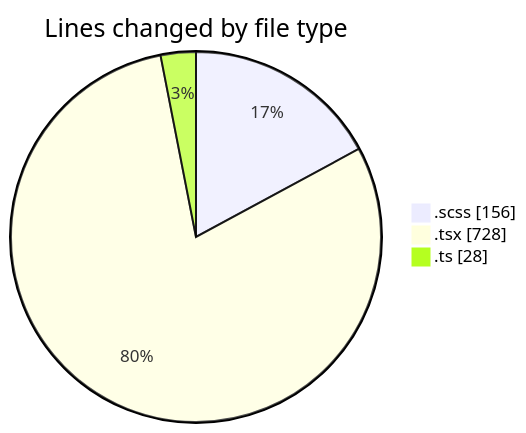
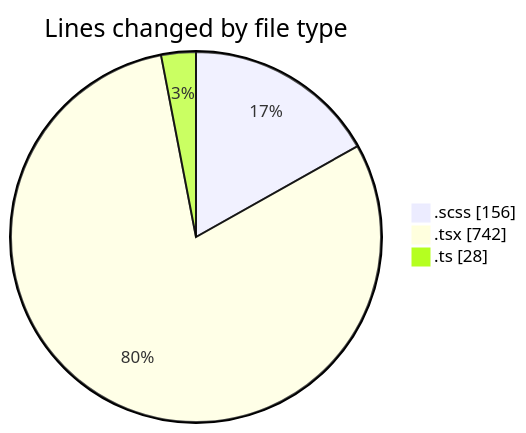
One commit to momahboobian/code-tracking changed the first of 2 diagrams in 2025-02-10/cda/README.md. Above: the diagram before and after it, drawn with Mermaid. The commit also changed other lines of this file and 1 other file, not shown here.

````diff
--- a/2025-02-10/cda/README.md
+++ b/2025-02-10/cda/README.md
@@ -25,7 +25,7 @@
 ```mermaid
 pie showData
 title Lines changed by file type
 ".scss" : 156
-".tsx" : 728
+".tsx" : 742
 ".ts" : 28
 ```
````
